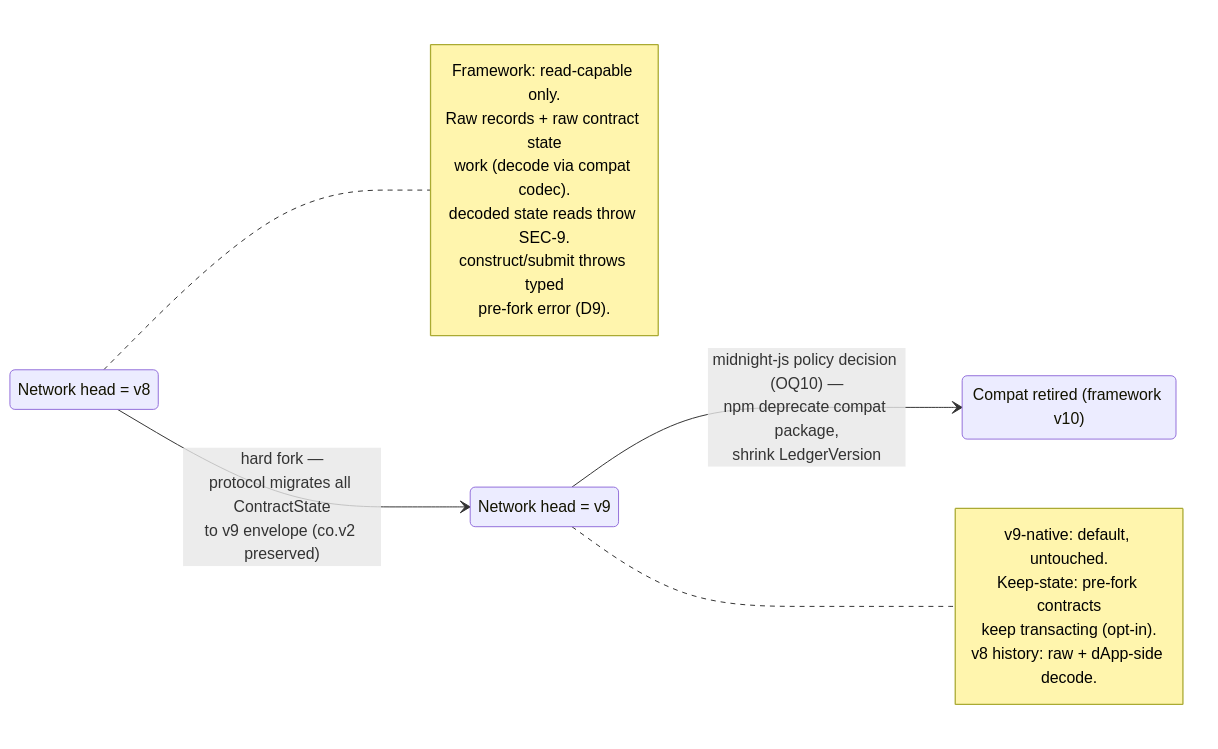
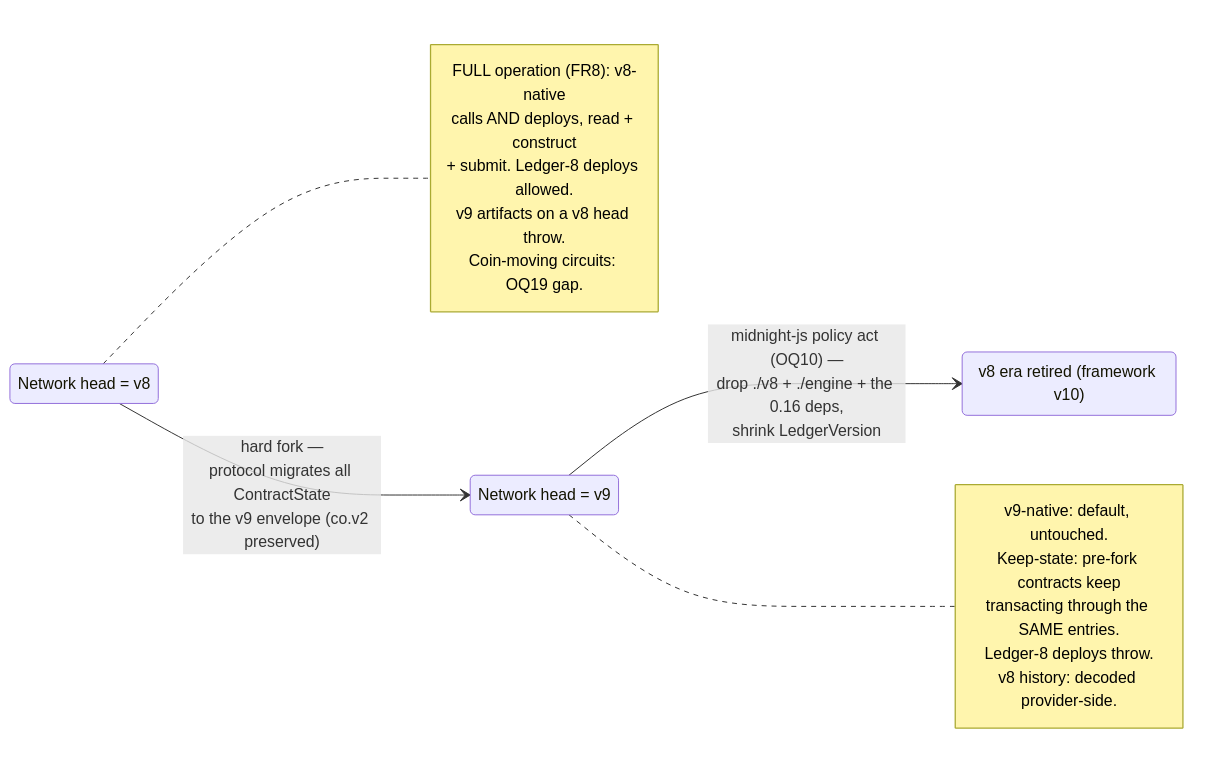
Before and after one commit to midnightntwrk/midnight-js: the seventh of 10 diagrams in docs/architecture/2026-08-05-ledger-v8-v9-dual-support-architecture.md, drawn with Mermaid. The commit also changed other lines of this file and 3 other files, not shown here.

````diff
--- a/docs/architecture/2026-08-05-ledger-v8-v9-dual-support-architecture.md
+++ b/docs/architecture/2026-08-05-ledger-v8-v9-dual-support-architecture.md
@@ -385,25 +335,25 @@
 ```mermaid
 stateDiagram-v2
     direction LR
     PreFork: Network head = v8
     PostFork: Network head = v9
-    Retired: Compat retired (framework v10)
+    Retired: v8 era retired (framework v10)
 
-    PreFork --> PostFork: hard fork —<br/>protocol migrates all ContractState<br/>to v9 envelope (co.v2 preserved)
-    PostFork --> Retired: midnight-js policy decision (OQ10) —<br/>npm deprecate compat package,<br/>shrink LedgerVersion
+    PreFork --> PostFork: hard fork —<br/>protocol migrates all ContractState<br/>to the v9 envelope (co.v2 preserved)
+    PostFork --> Retired: midnight-js policy act (OQ10) —<br/>drop ./v8 + ./engine + the 0.16 deps,<br/>shrink LedgerVersion
 
     note right of PreFork
-        Framework: read-capable only.
-        Raw records + raw contract state
-        work (decode via compat codec).
-        decoded state reads throw SEC-9.
-        construct/submit throws typed
-        pre-fork error (D9).
+        FULL operation (FR8): v8-native
+        calls AND deploys, read + construct
+        + submit. Ledger-8 deploys allowed.
+        v9 artifacts on a v8 head throw.
+        Coin-moving circuits: OQ19 gap.
     end note
     note right of PostFork
         v9-native: default, untouched.
-        Keep-state: pre-fork contracts
-        keep transacting (opt-in).
-        v8 history: raw + dApp-side decode.
+        Keep-state: pre-fork contracts keep
+        transacting through the SAME entries.
+        Ledger-8 deploys throw.
+        v8 history: decoded provider-side.
     end note
 ```
````
